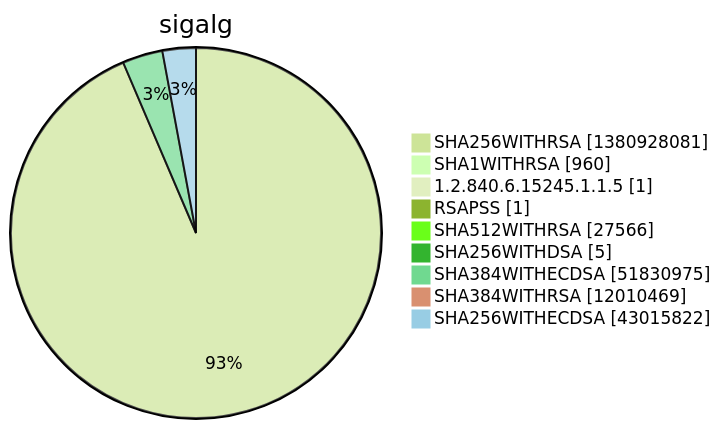
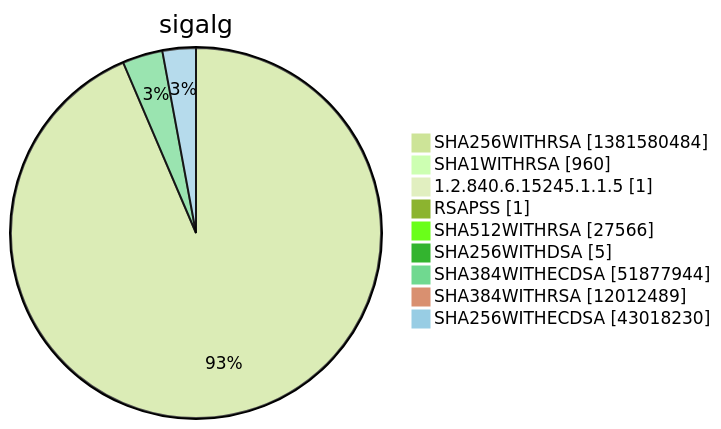
Diagram 15 of 15 in argon2022/README.md (christiankrug/ctmonitor_visualization), drawn with Mermaid (forest theme) before and after one commit. The commit also changed other lines of this file, not shown here.

````diff
--- a/argon2022/README.md
+++ b/argon2022/README.md
@@ -5524,13 +5524,13 @@
 ```mermaid
 pie showData
 title sigalg
-"SHA256WITHRSA" :1380928081
+"SHA256WITHRSA" :1381580484
 "SHA1WITHRSA" :960
 "1.2.840.6.15245.1.1.5" :1
 "RSAPSS" :1
 "SHA512WITHRSA" :27566
 "SHA256WITHDSA" :5
-"SHA384WITHECDSA" :51830975
-"SHA384WITHRSA" :12010469
-"SHA256WITHECDSA" :43015822
+"SHA384WITHECDSA" :51877944
+"SHA384WITHRSA" :12012489
+"SHA256WITHECDSA" :43018230
 ```
````
